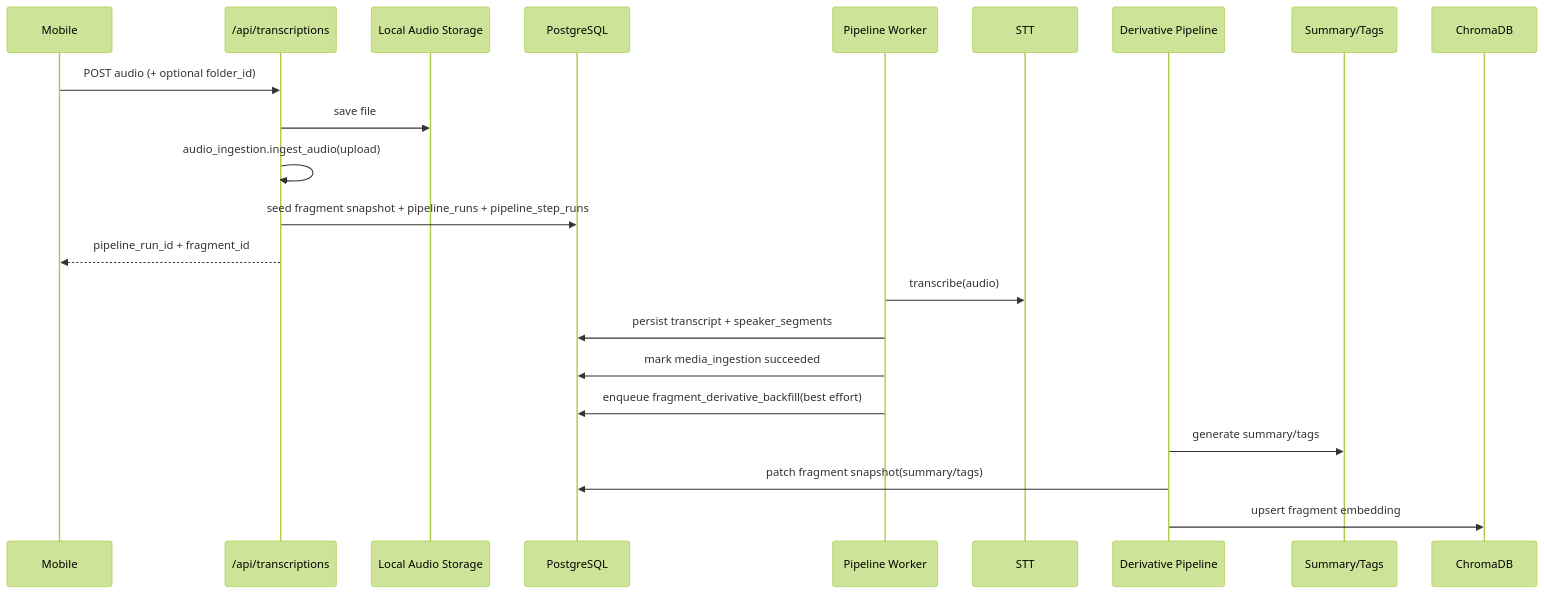
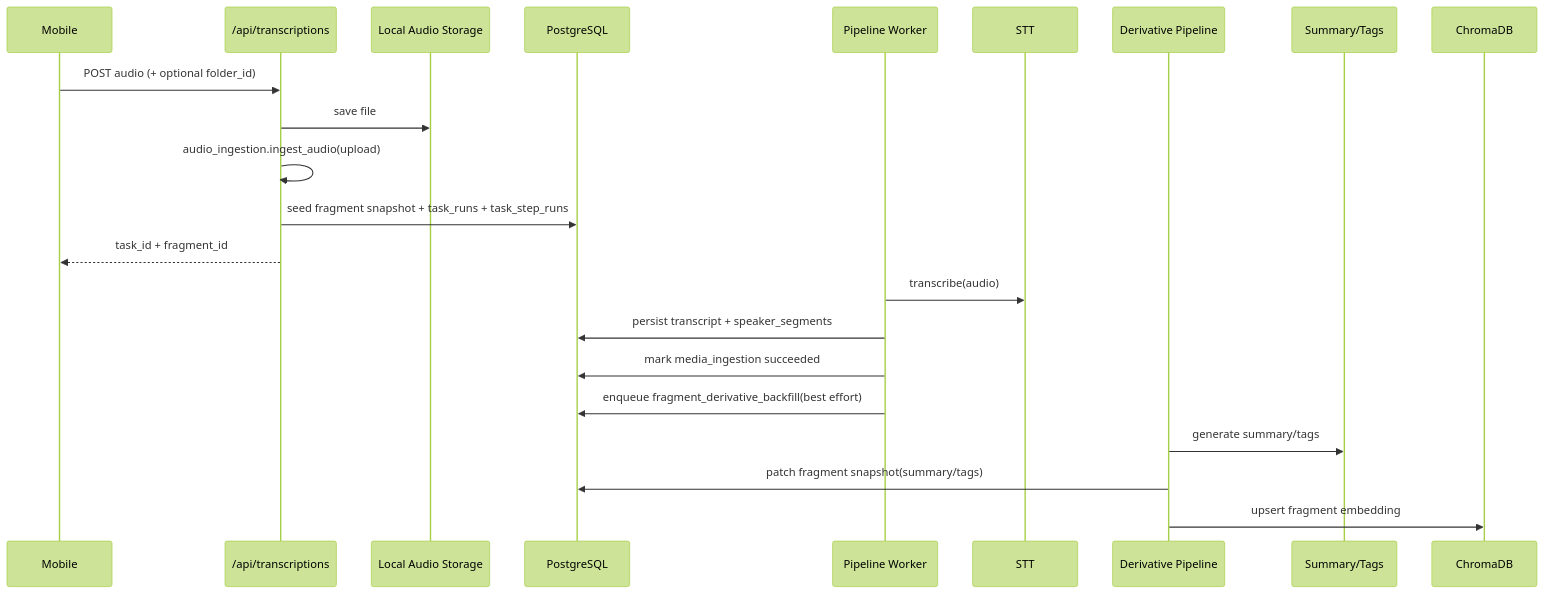
The fourth of 10 diagrams in memory-bank/architecture.md (YCZA2/SparkFlow), drawn with Mermaid (forest theme) before and after one commit. The commit also changed other lines of this file and 68 other files, not shown here.

First line of the commit message:
refactor: 将 pipeline 重命名为 task，保留兼容层

````diff
--- a/memory-bank/architecture.md
+++ b/memory-bank/architecture.md
@@ -404,25 +406,25 @@
 ```mermaid
 sequenceDiagram
     participant App as Mobile
     participant API as /api/transcriptions
     participant FS as Local Audio Storage
     participant DB as PostgreSQL
     participant PIPE as Pipeline Worker
     participant STT as STT
     participant DERIV as Derivative Pipeline
     participant LLM as Summary/Tags
     participant VDB as ChromaDB
 
     App->>API: POST audio (+ optional folder_id)
     API->>FS: save file
     API->>API: audio_ingestion.ingest_audio(upload)
-    API->>DB: seed fragment snapshot + pipeline_runs + pipeline_step_runs
-    API-->>App: pipeline_run_id + fragment_id
+    API->>DB: seed fragment snapshot + task_runs + task_step_runs
+    API-->>App: task_id + fragment_id
     PIPE->>STT: transcribe(audio)
     PIPE->>DB: persist transcript + speaker_segments
     PIPE->>DB: mark media_ingestion succeeded
     PIPE->>DB: enqueue fragment_derivative_backfill(best effort)
     DERIV->>LLM: generate summary/tags
     DERIV->>DB: patch fragment snapshot(summary/tags)
     DERIV->>VDB: upsert fragment embedding
 ```
````
